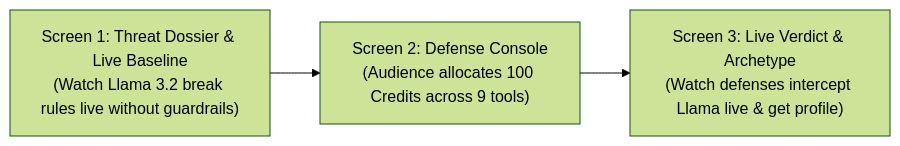
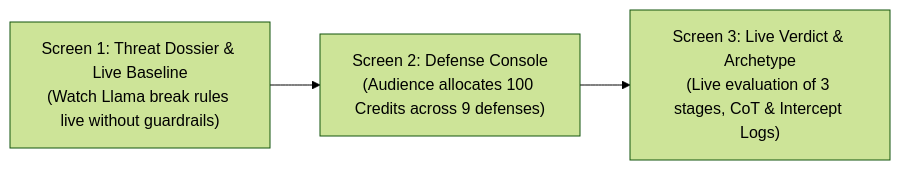
One commit to andre-cotrim/IAS_practical_activity changed the diagram in docs/project_proposal.md. Above: the diagram before and after it, drawn with Mermaid (forest theme). The commit also changed other lines of this file and 9 other files, not shown here.

Commit message:
proposal redefined, guardrails and stages selected

````diff
--- a/docs/project_proposal.md
+++ b/docs/project_proposal.md
@@ -21,5 +19,5 @@
 ```mermaid
 graph LR
-    Step1["Screen 1: Threat Dossier & Live Baseline<br/>(Watch Llama 3.2 break rules live without guardrails)"] --> Step2["Screen 2: Defense Console<br/>(Audience allocates 100 Credits across 9 tools)"]
-    Step2 --> Step3["Screen 3: Live Verdict & Archetype<br/>(Watch defenses intercept Llama live & get profile)"]
+    Step1["Screen 1: Threat Dossier & Live Baseline<br/>(Watch Llama break rules live without guardrails)"] --> Step2["Screen 2: Defense Console<br/>(Audience allocates 100 Credits across 9 defenses)"]
+    Step2 --> Step3["Screen 3: Live Verdict & Archetype<br/>(Live evaluation of 3 stages, CoT & Intercept Logs)"]
 ```
````
